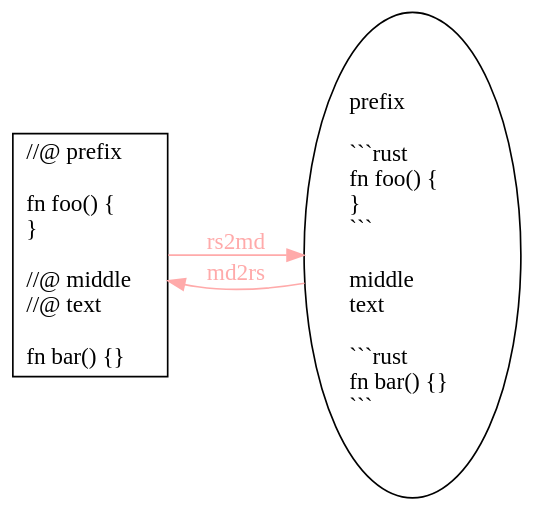
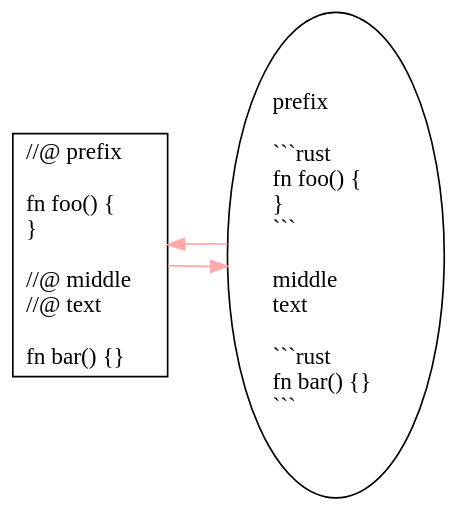
One commit to pnkfelix/tango-demo changed the eighth of 8 diagrams in src/slides.md. Above: the diagram before and after it, drawn with Graphviz. The commit also changed other lines of this file, not shown here.

````diff
--- a/src/slides.md
+++ b/src/slides.md
@@ -371,13 +375,13 @@
 ```dot
 digraph rs2md_min {
     edge[color="#FFAAAA",fontcolor="#FFAAAA"];
   rankdir="LR";
   bgcolor="transparent";
   node [style="filled",fillcolor="#FFFFFF"];
 
   rs [shape="rect",label="//@ prefix\l\lfn foo() {\l}\l\l//@ middle\l//@ text\l\lfn bar() {}\l"];
   md [label="prefix\l\l```rust\lfn foo() {\l}\l```\l\lmiddle\ltext\l\l```rust\lfn bar() {}\l```\l"];
-  rs -> md [label="rs2md"]
-  md -> rs [label="md2rs"]
+  rs -> md
+  md -> rs
 }
 ```
````
